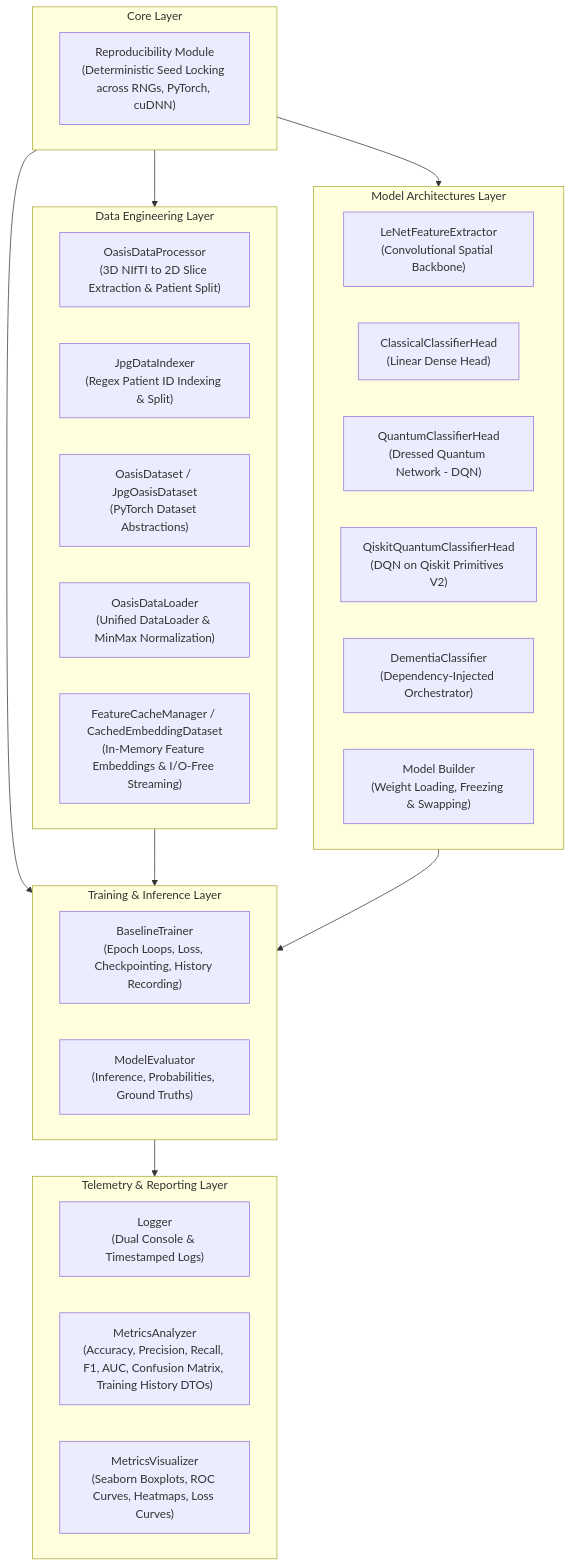
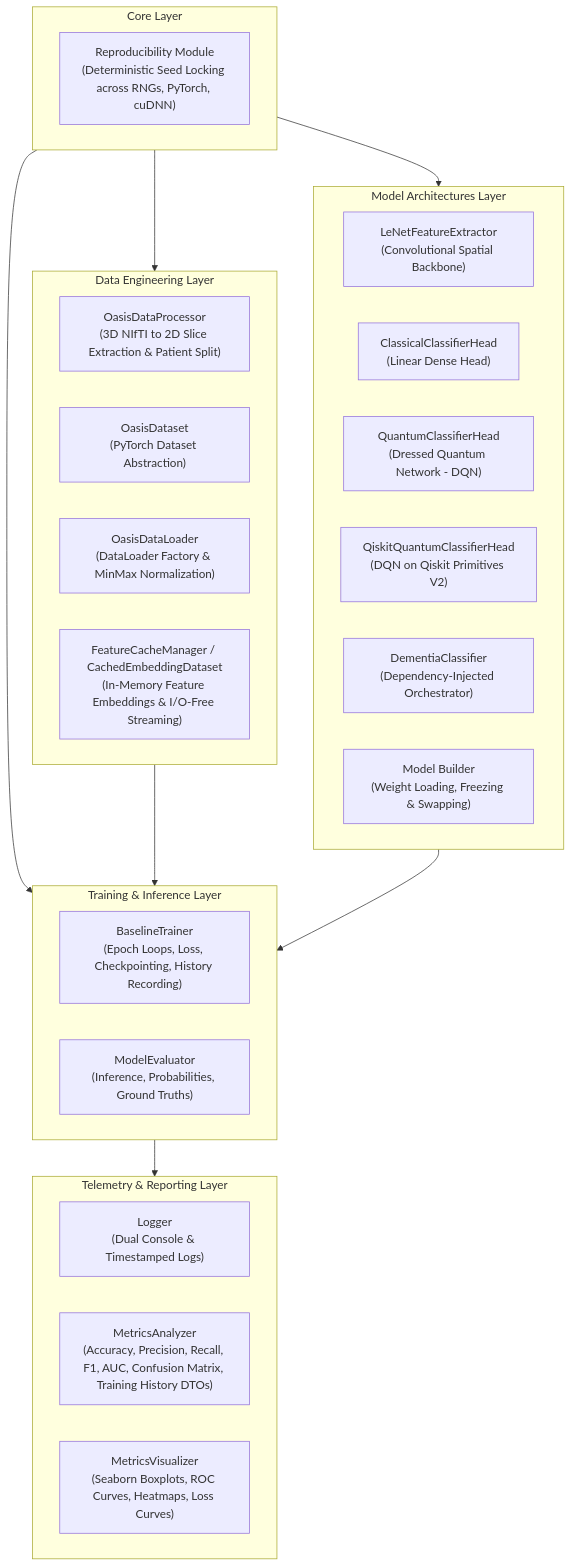
One commit to IC-QML-QTL-Dementia-Detection/dementia-boost changed the first of 6 diagrams in docs/architecture.md. Above: the diagram before and after it, drawn with Mermaid. The commit also changed other lines of this file and 17 other files, not shown here.

Commit message:
refactor(data): remove the legacy JPG pipeline and the pillow dependency

````diff
--- a/docs/architecture.md
+++ b/docs/architecture.md
@@ -11,41 +11,40 @@
 ```mermaid
 flowchart TD
     subgraph Core ["Core Layer"]
         REP["Reproducibility Module<br/>(Deterministic Seed Locking across RNGs, PyTorch, cuDNN)"]
     end
 
     subgraph Data ["Data Engineering Layer"]
         ETL_NIFTI["OasisDataProcessor<br/>(3D NIfTI to 2D Slice Extraction & Patient Split)"]
-        ETL_JPG["JpgDataIndexer<br/>(Regex Patient ID Indexing & Split)"]
-        DS["OasisDataset / JpgOasisDataset<br/>(PyTorch Dataset Abstractions)"]
-        DL["OasisDataLoader<br/>(Unified DataLoader & MinMax Normalization)"]
+        DS["OasisDataset<br/>(PyTorch Dataset Abstraction)"]
+        DL["OasisDataLoader<br/>(DataLoader Factory & MinMax Normalization)"]
         CACHE["FeatureCacheManager / CachedEmbeddingDataset<br/>(In-Memory Feature Embeddings & I/O-Free Streaming)"]
     end
 
     subgraph Models ["Model Architectures Layer"]
         FE["LeNetFeatureExtractor<br/>(Convolutional Spatial Backbone)"]
         CH["ClassicalClassifierHead<br/>(Linear Dense Head)"]
         QH["QuantumClassifierHead<br/>(Dressed Quantum Network - DQN)"]
         QKH["QiskitQuantumClassifierHead<br/>(DQN on Qiskit Primitives V2)"]
         DC["DementiaClassifier<br/>(Dependency-Injected Orchestrator)"]
         BUILDER["Model Builder<br/>(Weight Loading, Freezing & Swapping)"]
     end
 
     subgraph Training ["Training & Inference Layer"]
         TR["BaselineTrainer<br/>(Epoch Loops, Loss, Checkpointing, History Recording)"]
         EV["ModelEvaluator<br/>(Inference, Probabilities, Ground Truths)"]
     end
 
     subgraph Telemetry ["Telemetry & Reporting Layer"]
         LOG["Logger<br/>(Dual Console & Timestamped Logs)"]
         MET["MetricsAnalyzer<br/>(Accuracy, Precision, Recall, F1, AUC, Confusion Matrix, Training History DTOs)"]
         VIS["MetricsVisualizer<br/>(Seaborn Boxplots, ROC Curves, Heatmaps, Loss Curves)"]
     end
 
     Core --> Data
     Core --> Models
     Core --> Training
     Data --> Training
     Models --> Training
     Training --> Telemetry
 ```
````
